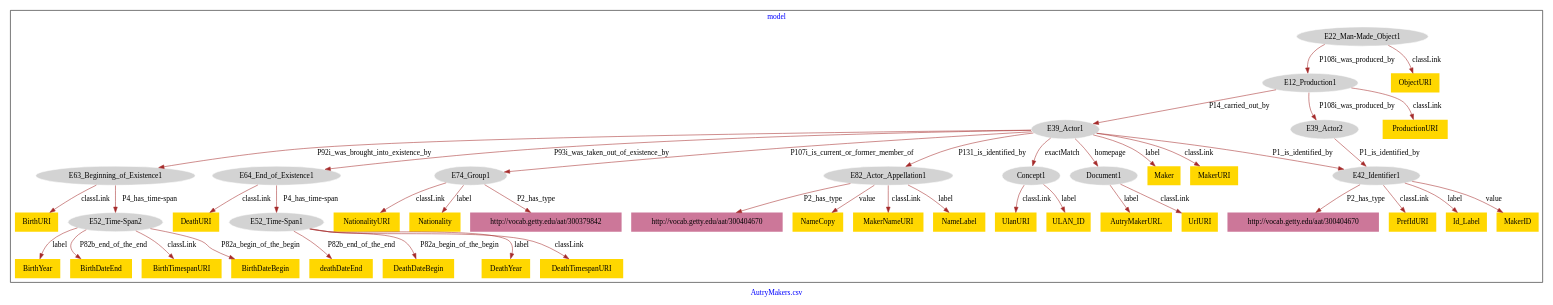
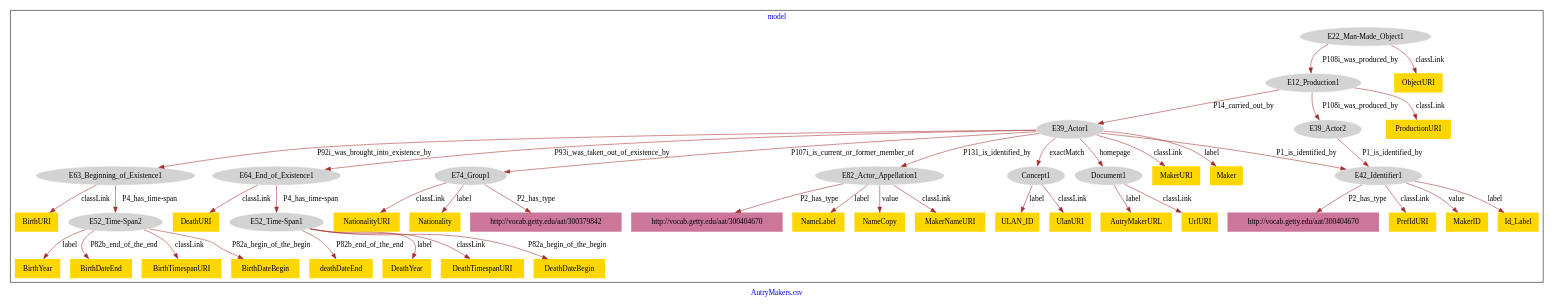
One commit to american-art/autry changed the diagram in AutryMakers/AutryMakers-model.dot. Above: the diagram before and after it, drawn with Graphviz.

Commit message:
Update file AutryMakers-model.dot

```diff
--- a/AutryMakers/AutryMakers-model.dot
+++ b/AutryMakers/AutryMakers-model.dot
@@ -1,92 +1,92 @@
 digraph n0 {
 fontcolor="blue"
 remincross="true"
 label="AutryMakers.csv"
 subgraph cluster {
 label="model"
 n2[style="filled",color="white",fillcolor="lightgray",label="E12_Production1"];
 n3[style="filled",color="white",fillcolor="lightgray",label="E39_Actor1"];
 n4[style="filled",color="white",fillcolor="lightgray",label="E39_Actor2"];
 n5[style="filled",color="white",fillcolor="lightgray",label="E22_Man-Made_Object1"];
 n6[style="filled",color="white",fillcolor="lightgray",label="E42_Identifier1"];
 n7[style="filled",color="white",fillcolor="lightgray",label="E63_Beginning_of_Existence1"];
 n8[style="filled",color="white",fillcolor="lightgray",label="E64_End_of_Existence1"];
 n9[style="filled",color="white",fillcolor="lightgray",label="E74_Group1"];
 n10[style="filled",color="white",fillcolor="lightgray",label="E82_Actor_Appellation1"];
 n11[style="filled",color="white",fillcolor="lightgray",label="Concept1"];
 n12[style="filled",color="white",fillcolor="lightgray",label="Document1"];
 n13[style="filled",color="white",fillcolor="lightgray",label="E52_Time-Span2"];
 n14[style="filled",color="white",fillcolor="lightgray",label="E52_Time-Span1"];
-n15[shape="plaintext",style="filled",fillcolor="gold",label="deathDateEnd"];
-n16[shape="plaintext",style="filled",fillcolor="gold",label="DeathDateBegin"];
+n15[shape="plaintext",style="filled",fillcolor="gold",label="NameLabel"];
+n16[shape="plaintext",style="filled",fillcolor="gold",label="NameCopy"];
 n17[shape="plaintext",style="filled",fillcolor="gold",label="BirthYear"];
-n18[shape="plaintext",style="filled",fillcolor="gold",label="PrefIdURI"];
-n19[shape="plaintext",style="filled",fillcolor="gold",label="NameCopy"];
-n20[shape="plaintext",style="filled",fillcolor="gold",label="MakerNameURI"];
-n21[shape="plaintext",style="filled",fillcolor="gold",label="BirthDateEnd"];
-n22[shape="plaintext",style="filled",fillcolor="gold",label="ObjectURI"];
-n23[shape="plaintext",style="filled",fillcolor="gold",label="Maker"];
-n24[shape="plaintext",style="filled",fillcolor="gold",label="ProductionURI"];
-n25[shape="plaintext",style="filled",fillcolor="gold",label="Id_Label"];
-n26[shape="plaintext",style="filled",fillcolor="gold",label="NationalityURI"];
+n18[shape="plaintext",style="filled",fillcolor="gold",label="deathDateEnd"];
+n19[shape="plaintext",style="filled",fillcolor="gold",label="PrefIdURI"];
+n20[shape="plaintext",style="filled",fillcolor="gold",label="ProductionURI"];
+n21[shape="plaintext",style="filled",fillcolor="gold",label="UlanURI"];
+n22[shape="plaintext",style="filled",fillcolor="gold",label="MakerNameURI"];
+n23[shape="plaintext",style="filled",fillcolor="gold",label="BirthDateEnd"];
+n24[shape="plaintext",style="filled",fillcolor="gold",label="NationalityURI"];
+n25[shape="plaintext",style="filled",fillcolor="gold",label="DeathYear"];
+n26[shape="plaintext",style="filled",fillcolor="gold",label="ObjectURI"];
 n27[shape="plaintext",style="filled",fillcolor="gold",label="BirthTimespanURI"];
-n28[shape="plaintext",style="filled",fillcolor="gold",label="DeathYear"];
-n29[shape="plaintext",style="filled",fillcolor="gold",label="DeathTimespanURI"];
-n30[shape="plaintext",style="filled",fillcolor="gold",label="UrlURI"];
-n31[shape="plaintext",style="filled",fillcolor="gold",label="Nationality"];
-n32[shape="plaintext",style="filled",fillcolor="gold",label="BirthDateBegin"];
-n33[shape="plaintext",style="filled",fillcolor="gold",label="ULAN_ID"];
-n34[shape="plaintext",style="filled",fillcolor="gold",label="AutryMakerURL"];
-n35[shape="plaintext",style="filled",fillcolor="gold",label="MakerID"];
-n36[shape="plaintext",style="filled",fillcolor="gold",label="UlanURI"];
-n37[shape="plaintext",style="filled",fillcolor="gold",label="NameLabel"];
-n38[shape="plaintext",style="filled",fillcolor="gold",label="DeathURI"];
-n39[shape="plaintext",style="filled",fillcolor="gold",label="MakerURI"];
+n28[shape="plaintext",style="filled",fillcolor="gold",label="MakerURI"];
+n29[shape="plaintext",style="filled",fillcolor="gold",label="Maker"];
+n30[shape="plaintext",style="filled",fillcolor="gold",label="BirthDateBegin"];
+n31[shape="plaintext",style="filled",fillcolor="gold",label="DeathTimespanURI"];
+n32[shape="plaintext",style="filled",fillcolor="gold",label="DeathDateBegin"];
+n33[shape="plaintext",style="filled",fillcolor="gold",label="MakerID"];
+n34[shape="plaintext",style="filled",fillcolor="gold",label="UrlURI"];
+n35[shape="plaintext",style="filled",fillcolor="gold",label="DeathURI"];
+n36[shape="plaintext",style="filled",fillcolor="gold",label="Nationality"];
+n37[shape="plaintext",style="filled",fillcolor="gold",label="ULAN_ID"];
+n38[shape="plaintext",style="filled",fillcolor="gold",label="AutryMakerURL"];
+n39[shape="plaintext",style="filled",fillcolor="gold",label="Id_Label"];
 n40[shape="plaintext",style="filled",fillcolor="gold",label="BirthURI"];
 n41[shape="plaintext",style="filled",fillcolor="#CC7799",label="http://vocab.getty.edu/aat/300404670"];
 n42[shape="plaintext",style="filled",fillcolor="#CC7799",label="http://vocab.getty.edu/aat/300379842"];
 n43[shape="plaintext",style="filled",fillcolor="#CC7799",label="http://vocab.getty.edu/aat/300404670"];
 }
 n2 -> n3[color="brown",fontcolor="black",label="P14_carried_out_by"]
 n2 -> n4[color="brown",fontcolor="black",label="P108i_was_produced_by"]
 n5 -> n2[color="brown",fontcolor="black",label="P108i_was_produced_by"]
 n3 -> n6[color="brown",fontcolor="black",label="P1_is_identified_by"]
 n3 -> n7[color="brown",fontcolor="black",label="P92i_was_brought_into_existence_by"]
 n3 -> n8[color="brown",fontcolor="black",label="P93i_was_taken_out_of_existence_by"]
 n3 -> n9[color="brown",fontcolor="black",label="P107i_is_current_or_former_member_of"]
 n3 -> n10[color="brown",fontcolor="black",label="P131_is_identified_by"]
 n3 -> n11[color="brown",fontcolor="black",label="exactMatch"]
 n3 -> n12[color="brown",fontcolor="black",label="homepage"]
 n7 -> n13[color="brown",fontcolor="black",label="P4_has_time-span"]
 n8 -> n14[color="brown",fontcolor="black",label="P4_has_time-span"]
-n14 -> n15[color="brown",fontcolor="black",label="P82b_end_of_the_end"]
-n14 -> n16[color="brown",fontcolor="black",label="P82a_begin_of_the_begin"]
+n10 -> n15[color="brown",fontcolor="black",label="label"]
+n10 -> n16[color="brown",fontcolor="black",label="value"]
 n13 -> n17[color="brown",fontcolor="black",label="label"]
-n6 -> n18[color="brown",fontcolor="black",label="classLink"]
-n10 -> n19[color="brown",fontcolor="black",label="value"]
-n10 -> n20[color="brown",fontcolor="black",label="classLink"]
-n13 -> n21[color="brown",fontcolor="black",label="P82b_end_of_the_end"]
-n5 -> n22[color="brown",fontcolor="black",label="classLink"]
-n3 -> n23[color="brown",fontcolor="black",label="label"]
-n2 -> n24[color="brown",fontcolor="black",label="classLink"]
-n6 -> n25[color="brown",fontcolor="black",label="label"]
-n9 -> n26[color="brown",fontcolor="black",label="classLink"]
+n14 -> n18[color="brown",fontcolor="black",label="P82b_end_of_the_end"]
+n6 -> n19[color="brown",fontcolor="black",label="classLink"]
+n2 -> n20[color="brown",fontcolor="black",label="classLink"]
+n11 -> n21[color="brown",fontcolor="black",label="classLink"]
+n10 -> n22[color="brown",fontcolor="black",label="classLink"]
+n13 -> n23[color="brown",fontcolor="black",label="P82b_end_of_the_end"]
+n9 -> n24[color="brown",fontcolor="black",label="classLink"]
+n14 -> n25[color="brown",fontcolor="black",label="label"]
+n5 -> n26[color="brown",fontcolor="black",label="classLink"]
 n13 -> n27[color="brown",fontcolor="black",label="classLink"]
-n14 -> n28[color="brown",fontcolor="black",label="label"]
-n14 -> n29[color="brown",fontcolor="black",label="classLink"]
-n12 -> n30[color="brown",fontcolor="black",label="classLink"]
-n9 -> n31[color="brown",fontcolor="black",label="label"]
-n13 -> n32[color="brown",fontcolor="black",label="P82a_begin_of_the_begin"]
-n11 -> n33[color="brown",fontcolor="black",label="label"]
-n12 -> n34[color="brown",fontcolor="black",label="label"]
-n6 -> n35[color="brown",fontcolor="black",label="value"]
-n11 -> n36[color="brown",fontcolor="black",label="classLink"]
-n10 -> n37[color="brown",fontcolor="black",label="label"]
-n8 -> n38[color="brown",fontcolor="black",label="classLink"]
-n3 -> n39[color="brown",fontcolor="black",label="classLink"]
+n3 -> n28[color="brown",fontcolor="black",label="classLink"]
+n3 -> n29[color="brown",fontcolor="black",label="label"]
+n13 -> n30[color="brown",fontcolor="black",label="P82a_begin_of_the_begin"]
+n14 -> n31[color="brown",fontcolor="black",label="classLink"]
+n14 -> n32[color="brown",fontcolor="black",label="P82a_begin_of_the_begin"]
+n6 -> n33[color="brown",fontcolor="black",label="value"]
+n12 -> n34[color="brown",fontcolor="black",label="classLink"]
+n8 -> n35[color="brown",fontcolor="black",label="classLink"]
+n9 -> n36[color="brown",fontcolor="black",label="label"]
+n11 -> n37[color="brown",fontcolor="black",label="label"]
+n12 -> n38[color="brown",fontcolor="black",label="label"]
+n6 -> n39[color="brown",fontcolor="black",label="label"]
 n7 -> n40[color="brown",fontcolor="black",label="classLink"]
 n4 -> n6[color="brown",fontcolor="black",label="P1_is_identified_by"]
 n6 -> n41[color="brown",fontcolor="black",label="P2_has_type"]
 n9 -> n42[color="brown",fontcolor="black",label="P2_has_type"]
 n10 -> n43[color="brown",fontcolor="black",label="P2_has_type"]
 }
```
